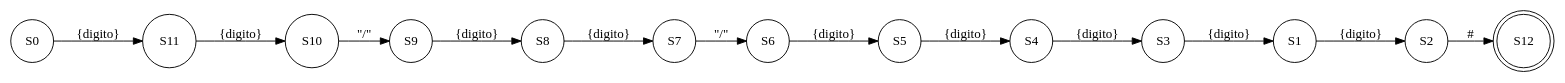
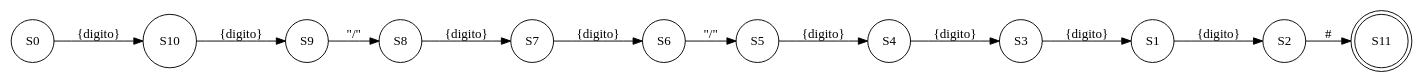
The diagram in Proyecto1_COMPI1/REPORTES/AFND_202000166/fecha.dot (Gerson7w7/COMPI1_Proyecto1_202000166), drawn with Graphviz before and after one commit. The commit also changed 22 other files, not shown here.

```diff
--- a/Proyecto1_COMPI1/REPORTES/AFND_202000166/fecha.dot
+++ b/Proyecto1_COMPI1/REPORTES/AFND_202000166/fecha.dot
@@ -1,30 +1,28 @@
 digraph afn {
 rankdir=LR
 S0[shape="circle"]
-S11[shape="circle"]
 S10[shape="circle"]
 S9[shape="circle"]
 S8[shape="circle"]
 S7[shape="circle"]
 S6[shape="circle"]
 S5[shape="circle"]
 S4[shape="circle"]
 S3[shape="circle"]
 S1[shape="circle"]
 S2[shape="circle"]
-S12[shape="doublecircle"];
+S11[shape="doublecircle"];
 
-S0->S11 [label="{digito}"]
-S11->S10 [label="{digito}"]
-S10->S9 [label="\"/\""]
-S9->S8 [label="{digito}"]
+S0->S10 [label="{digito}"]
+S10->S9 [label="{digito}"]
+S9->S8 [label="\"/\""]
 S8->S7 [label="{digito}"]
-S7->S6 [label="\"/\""]
-S6->S5 [label="{digito}"]
+S7->S6 [label="{digito}"]
+S6->S5 [label="\"/\""]
 S5->S4 [label="{digito}"]
 S4->S3 [label="{digito}"]
 S3->S1 [label="{digito}"]
 S1->S2 [label="{digito}"]
-S2->S12 [label="#"]
+S2->S11 [label="#"]
 
 }
```
